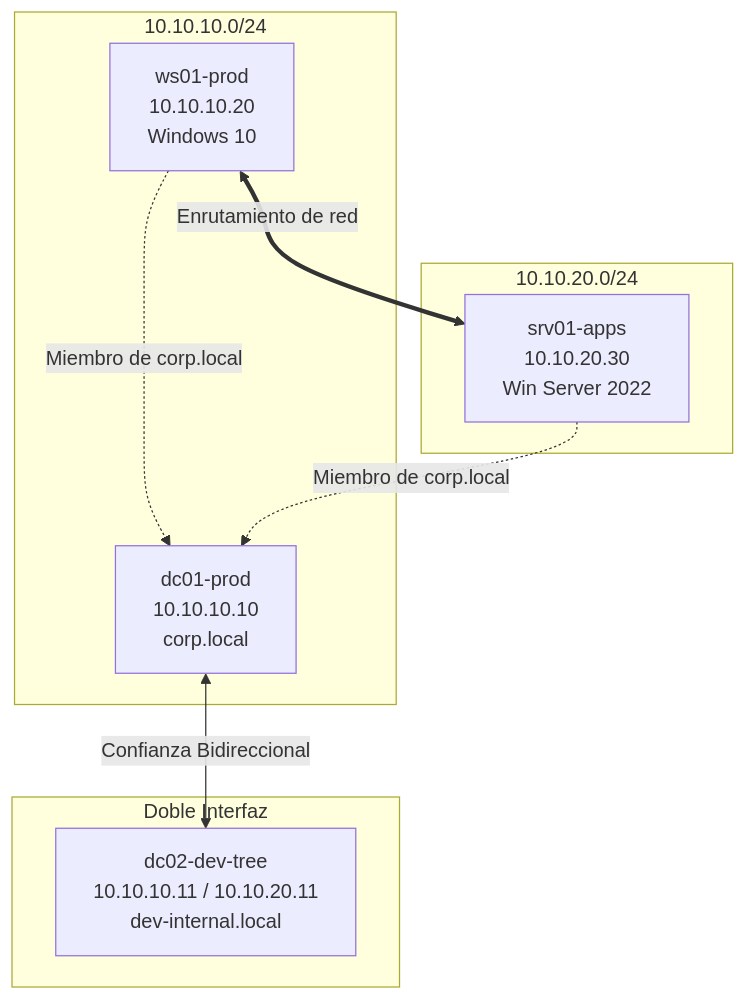
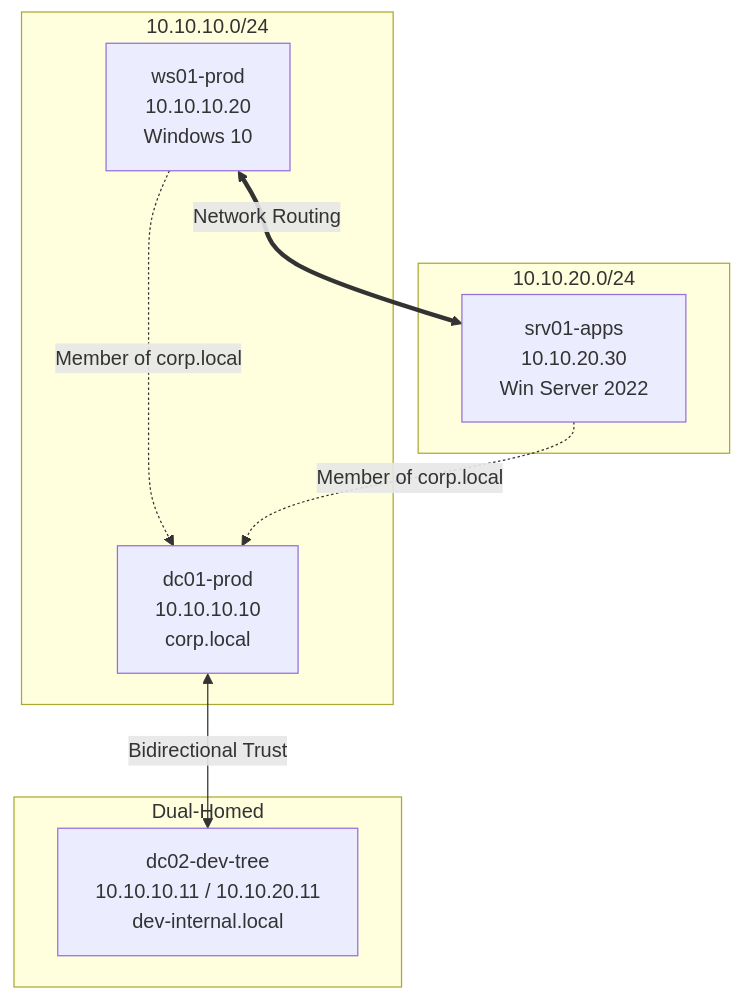
Before and after one commit to uv3doble/uv3dobleAD-1: the diagram in README.md, drawn with Mermaid. The commit also changed other lines of this file, not shown here.

````diff
--- a/README.md
+++ b/README.md
@@ -13,20 +13,20 @@
 ```mermaid
 graph TD
-    subgraph Red de Produccion: net_corp_prod [10.10.10.0/24]
+    subgraph Production Subnet: net_corp_prod [10.10.10.0/24]
         DC01[dc01-prod <br> 10.10.10.10 <br> corp.local]
         WS01[ws01-prod <br> 10.10.10.20 <br> Windows 10]
     end
 
-    subgraph Enrutamiento [Doble Interfaz]
+    subgraph Routing [Dual-Homed]
         DC02[dc02-dev-tree <br> 10.10.10.11 / 10.10.20.11 <br> dev-internal.local]
     end
 
-    subgraph Red de Desarrollo: net_dev_zone [10.10.20.0/24]
+    subgraph Development Subnet: net_dev_zone [10.10.20.0/24]
         SRV01[srv01-apps <br> 10.10.20.30 <br> Win Server 2022]
     end
 
-    DC01 <-->|Confianza Bidireccional| DC02
-    WS01 -.->|Miembro de corp.local| DC01
-    SRV01 -.->|Miembro de corp.local| DC01
-    WS01 <== Enrutamiento de red ==> SRV01
+    DC01 <-->|Bidirectional Trust| DC02
+    WS01 -.->|Member of corp.local| DC01
+    SRV01 -.->|Member of corp.local| DC01
+    WS01 <== Network Routing ==> SRV01
 ```
````
